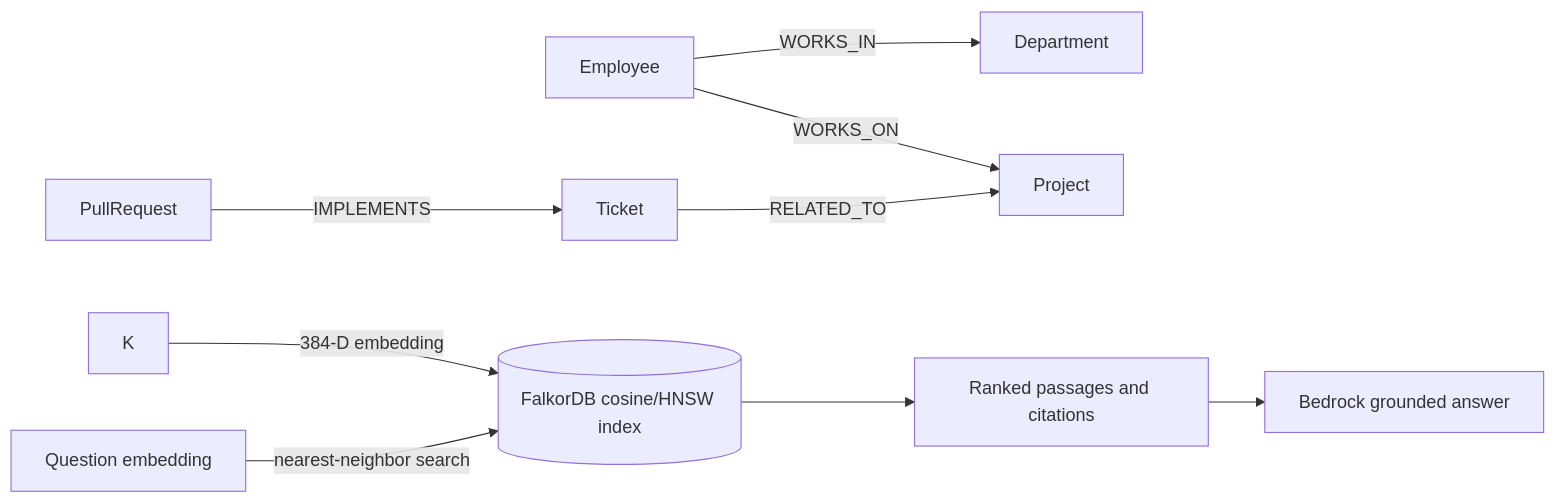
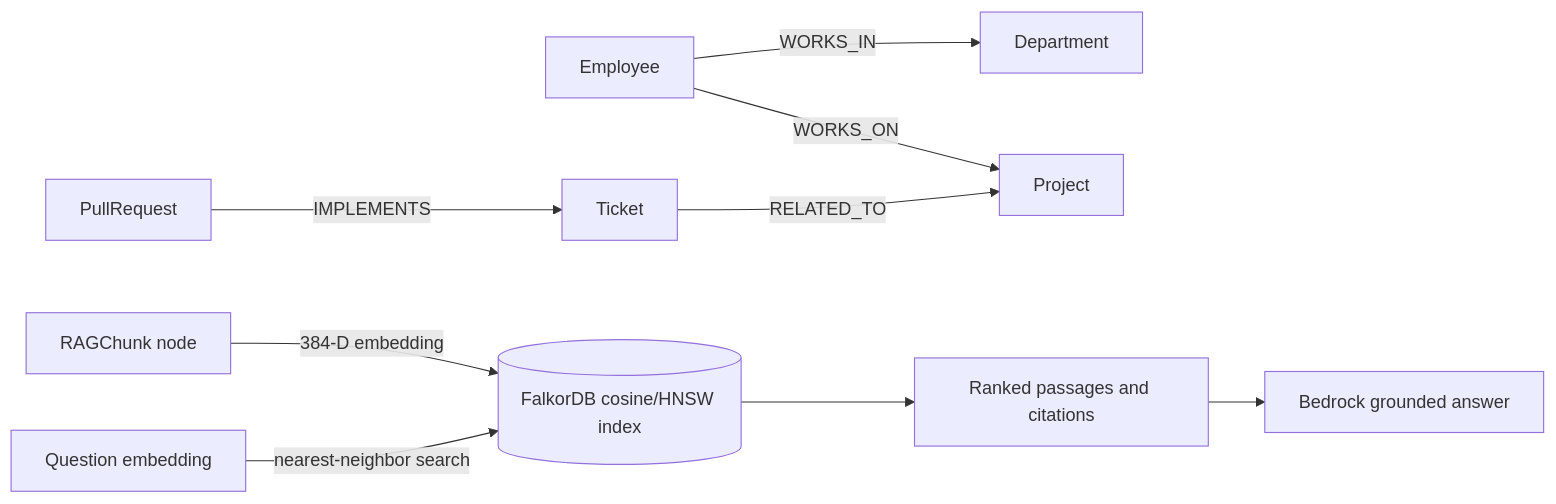
The second of 4 diagrams in README.md (Garima040106/OrgInGraphs), drawn with Mermaid before and after one commit. The commit also changed other lines of this file, not shown here.

Commit message:
docs: document agent architecture

````diff
--- a/README.md
+++ b/README.md
@@ -108,11 +106,11 @@
 ```mermaid
 flowchart LR
   E[Employee] -->|WORKS_IN| D[Department]
   E -->|WORKS_ON| P[Project]
   T[Ticket] -->|RELATED_TO| P
   PR[PullRequest] -->|IMPLEMENTS| T
-  K -->|384-D embedding| VI[(FalkorDB cosine/HNSW index)]
-  Q[Question embedding] -->|nearest-neighbor search| VI
+  K[RAGChunk node] -->|384-D embedding| VI[(FalkorDB cosine/HNSW index)]
+  Q[Question embedding] -->|nearest-neighbor search| VI[(FalkorDB cosine/HNSW index)]
   VI --> C[Ranked passages and citations]
   C --> A[Bedrock grounded answer]
 ```
````
